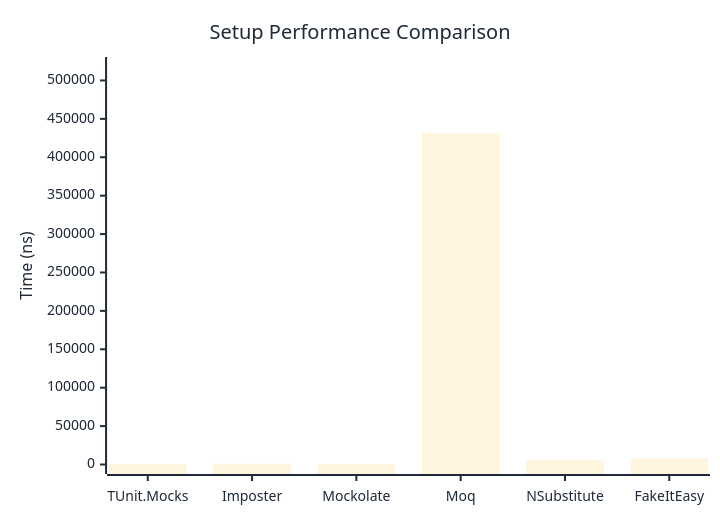
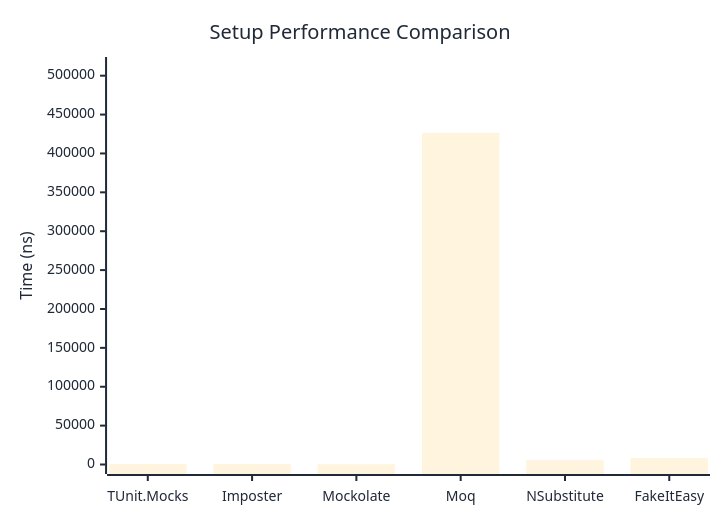
The first of 2 diagrams in docs/docs/benchmarks/mocks/Setup.md (thomhurst/TUnit), drawn with Mermaid before and after one commit. The commit also changed other lines of this file and 14 other files, not shown here.

````diff
--- a/docs/docs/benchmarks/mocks/Setup.md
+++ b/docs/docs/benchmarks/mocks/Setup.md
@@ -30,27 +30,27 @@
 ```mermaid
 %%{init: {
   'theme':'base',
   'themeVariables': {
     'primaryColor': '#2563eb',
     'primaryTextColor': '#1f2937',
     'primaryBorderColor': '#1e40af',
     'lineColor': '#6b7280',
     'secondaryColor': '#7c3aed',
     'tertiaryColor': '#dc2626',
     'background': '#ffffff',
     'pie1': '#2563eb',
     'pie2': '#7c3aed',
     'pie3': '#dc2626',
     'pie4': '#f59e0b',
     'pie5': '#10b981',
     'pie6': '#06b6d4',
     'pie7': '#ec4899',
     'pie8': '#6366f1'
   }
 }}%%
 xychart-beta
   title "Setup Performance Comparison"
   x-axis ["TUnit.Mocks", "Imposter", "Mockolate", "Moq", "NSubstitute", "FakeItEasy"]
-  y-axis "Time (ns)" 0 --> 518144
-  bar [528.8, 819.7, 312.7, 431786.1, 5467, 8205.8]
+  y-axis "Time (ns)" 0 --> 511822
+  bar [527.8, 804.3, 308.4, 426517.8, 5571.5, 8341.9]
 ```
````
